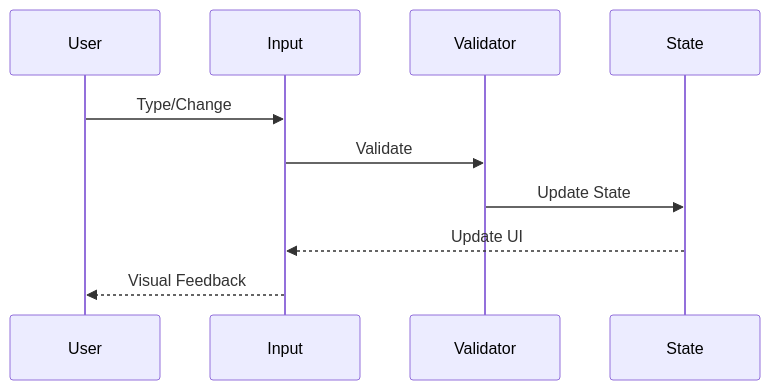
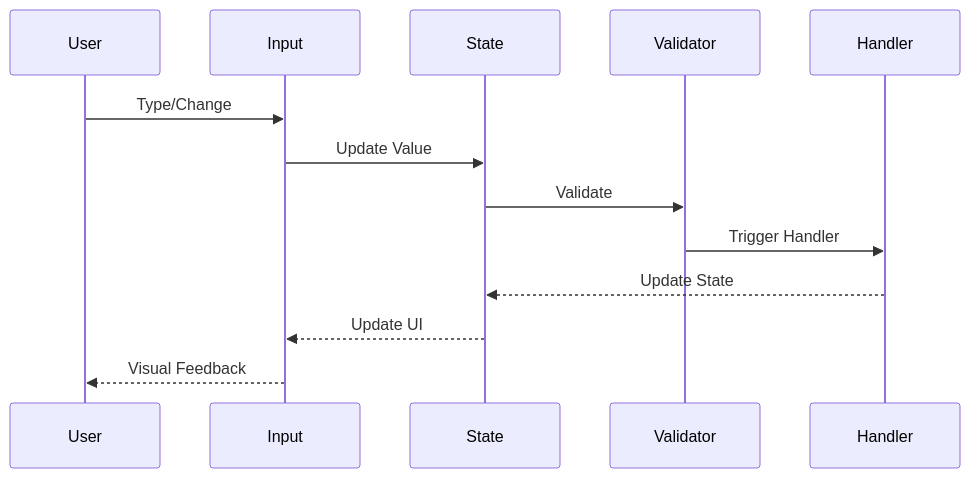
The second of 3 diagrams in DOCS/components/forms/Input.md (gedeza/thrive-send), drawn with Mermaid before and after one commit. The commit also changed other lines of this file and 25 other files, not shown here.

````diff
--- a/DOCS/components/forms/Input.md
+++ b/DOCS/components/forms/Input.md
@@ -22,13 +41,16 @@
 ```mermaid
 sequenceDiagram
     participant U as User
     participant I as Input
+    participant S as State
     participant V as Validator
-    participant S as State
+    participant H as Handler
     
     U->>I: Type/Change
-    I->>V: Validate
-    V->>S: Update State
+    I->>S: Update Value
+    S->>V: Validate
+    V->>H: Trigger Handler
+    H-->>S: Update State
     S-->>I: Update UI
     I-->>U: Visual Feedback
 ```
````
